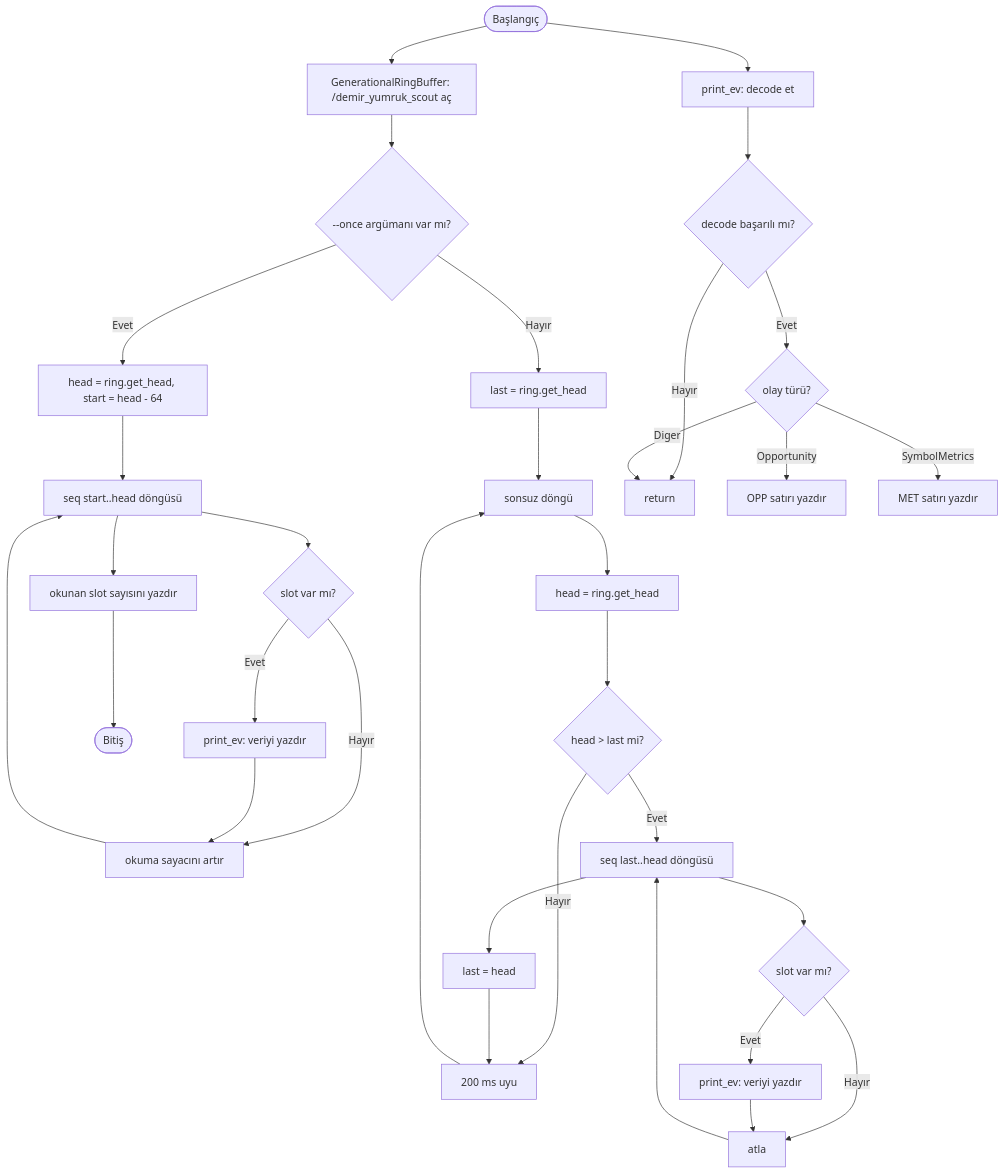
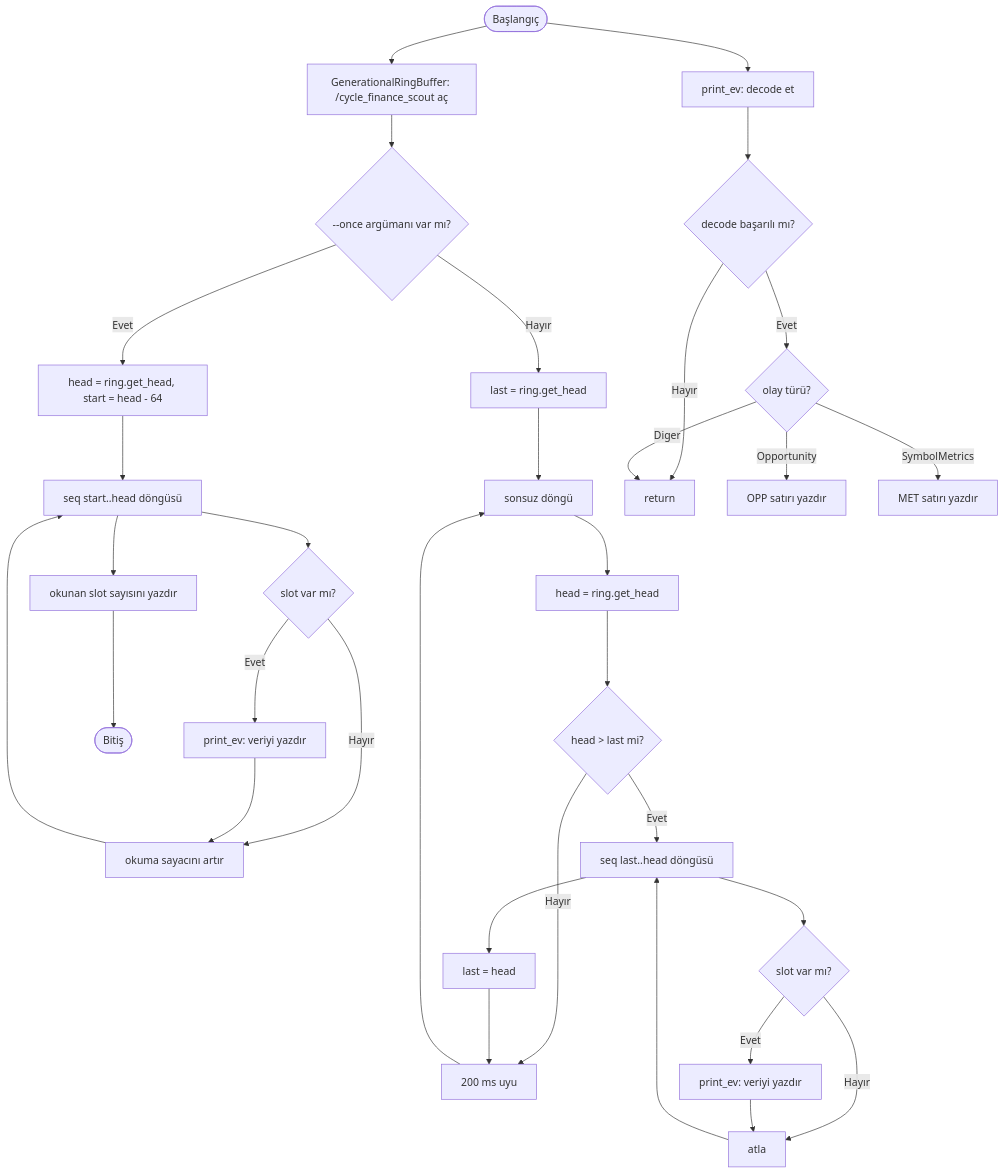
The diagram in docs/flowcharts/dosya-akis/scout-service/src/bin/probe.rs.mmd (Quant-Trade-Lab-Community/cycle_finance_bot), drawn with Mermaid before and after one commit. The commit also changed 35 other files, not shown here.

First line of the commit message:
refactor: sistem adı Cycle Finance olarak güncellendi

```diff
--- a/docs/flowcharts/dosya-akis/scout-service/src/bin/probe.rs.mmd
+++ b/docs/flowcharts/dosya-akis/scout-service/src/bin/probe.rs.mmd
@@ -1,38 +1,38 @@
 graph TD
-    A([Başlangıç]) --> B[GenerationalRingBuffer: /demir_yumruk_scout aç]
+    A([Başlangıç]) --> B[GenerationalRingBuffer: /cycle_finance_scout aç]
     B --> C{--once argümanı var mı?}
 
     C -- Evet --> D[head = ring.get_head, start = head - 64]
     D --> E[seq start..head döngüsü]
     E --> F{slot var mı?}
     F -- Evet --> G[print_ev: veriyi yazdır]
     F -- Hayır --> H[okuma sayacını artır]
     G --> H
     H --> E
 
     E --> I[okunan slot sayısını yazdır]
     I --> Z([Bitiş])
 
     C -- Hayır --> J[last = ring.get_head]
     J --> K[sonsuz döngü]
     K --> L[head = ring.get_head]
     L --> M{head > last mi?}
     M -- Hayır --> N[200 ms uyu]
     M -- Evet --> O[seq last..head döngüsü]
     O --> P{slot var mı?}
     P -- Evet --> Q[print_ev: veriyi yazdır]
     P -- Hayır --> R[atla]
     Q --> R
     R --> O
 
     O --> S[last = head]
     S --> N
     N --> K
 
     A --> T[print_ev: decode et]
     T --> U{decode başarılı mı?}
     U -- Hayır --> V[return]
     U -- Evet --> W{olay türü?}
     W -- Opportunity --> X[OPP satırı yazdır]
     W -- SymbolMetrics --> Y[MET satırı yazdır]
     W -- Diger --> V
```
